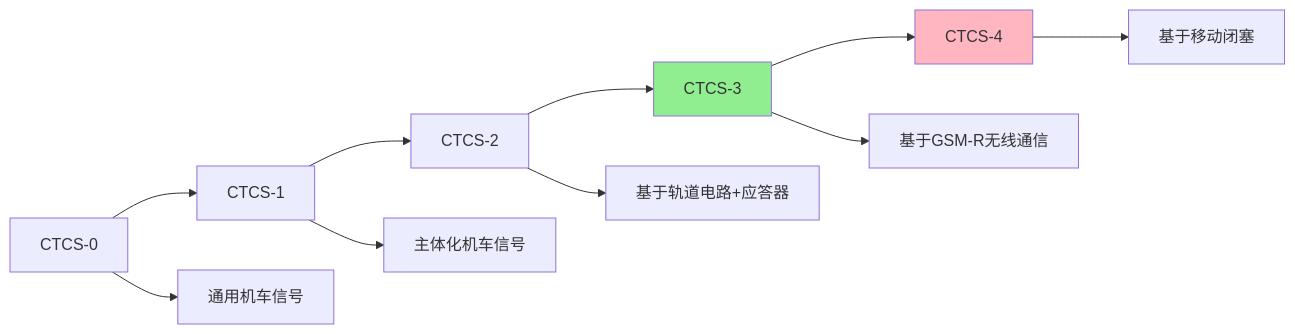
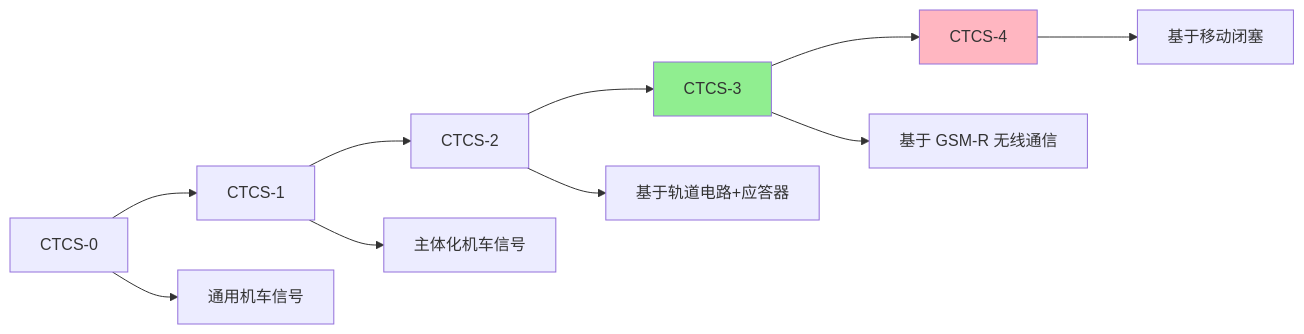
Before and after one commit to Tianshang301/TianshangKnowledgeBase: the second of 2 diagrams in 04_EngineeringAndTechnology/TransportationEngineering/RoadAndRailway/RailwayEngineering.md, drawn with Mermaid. The commit also changed other lines of this file and 2257 other files, not shown here.

````diff
--- a/04_EngineeringAndTechnology/TransportationEngineering/RoadAndRailway/RailwayEngineering.md
+++ b/04_EngineeringAndTechnology/TransportationEngineering/RoadAndRailway/RailwayEngineering.md
@@ -162,14 +164,14 @@
 ```mermaid
 graph LR
     A[CTCS-0] --> B[CTCS-1]
     B --> C[CTCS-2]
     C --> D[CTCS-3]
     D --> E[CTCS-4]
     A --> A1[通用机车信号]
     B --> B1[主体化机车信号]
     C --> C1[基于轨道电路+应答器]
-    D --> D1[基于GSM-R无线通信]
+    D --> D1[基于 GSM-R 无线通信]
     E --> E1[基于移动闭塞]
     style D fill:#90EE90
     style E fill:#FFB6C1
 ```
````
